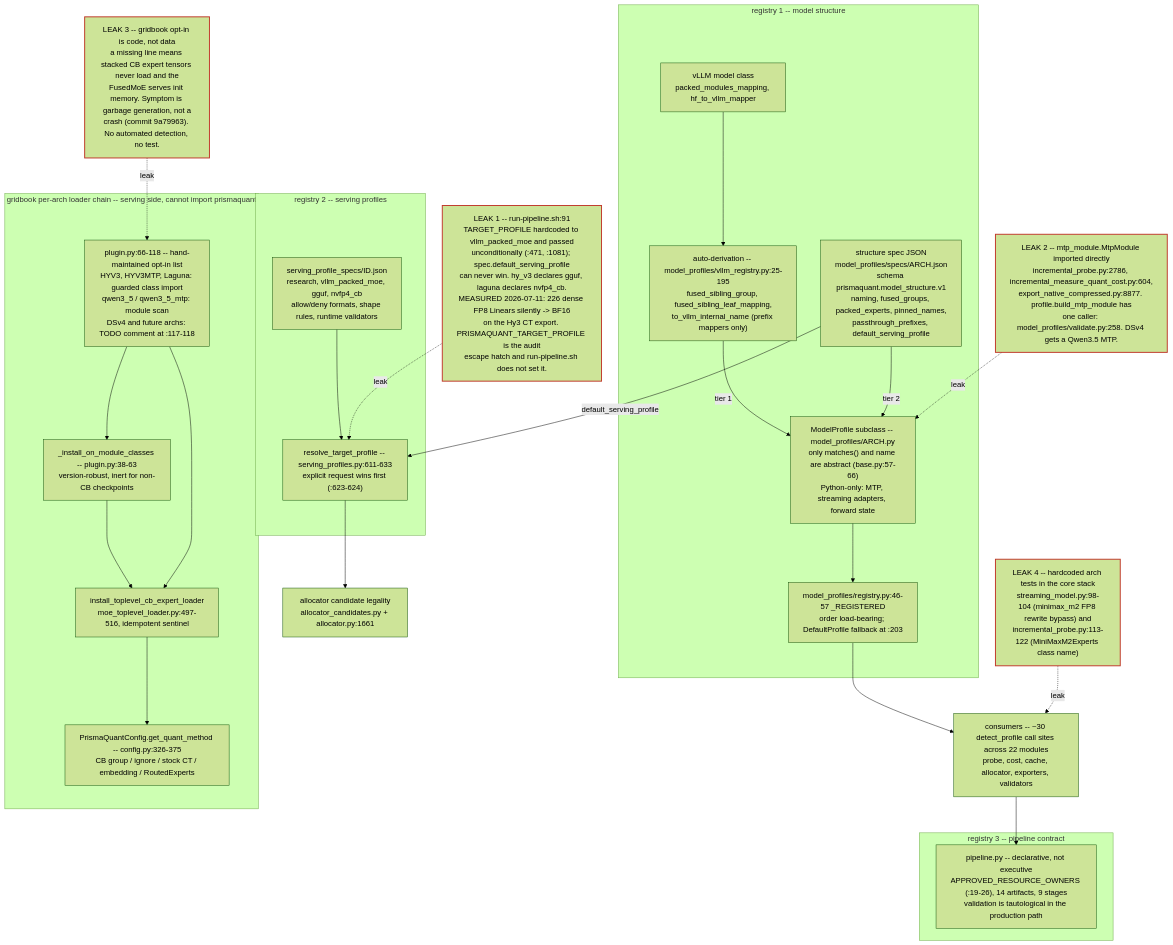
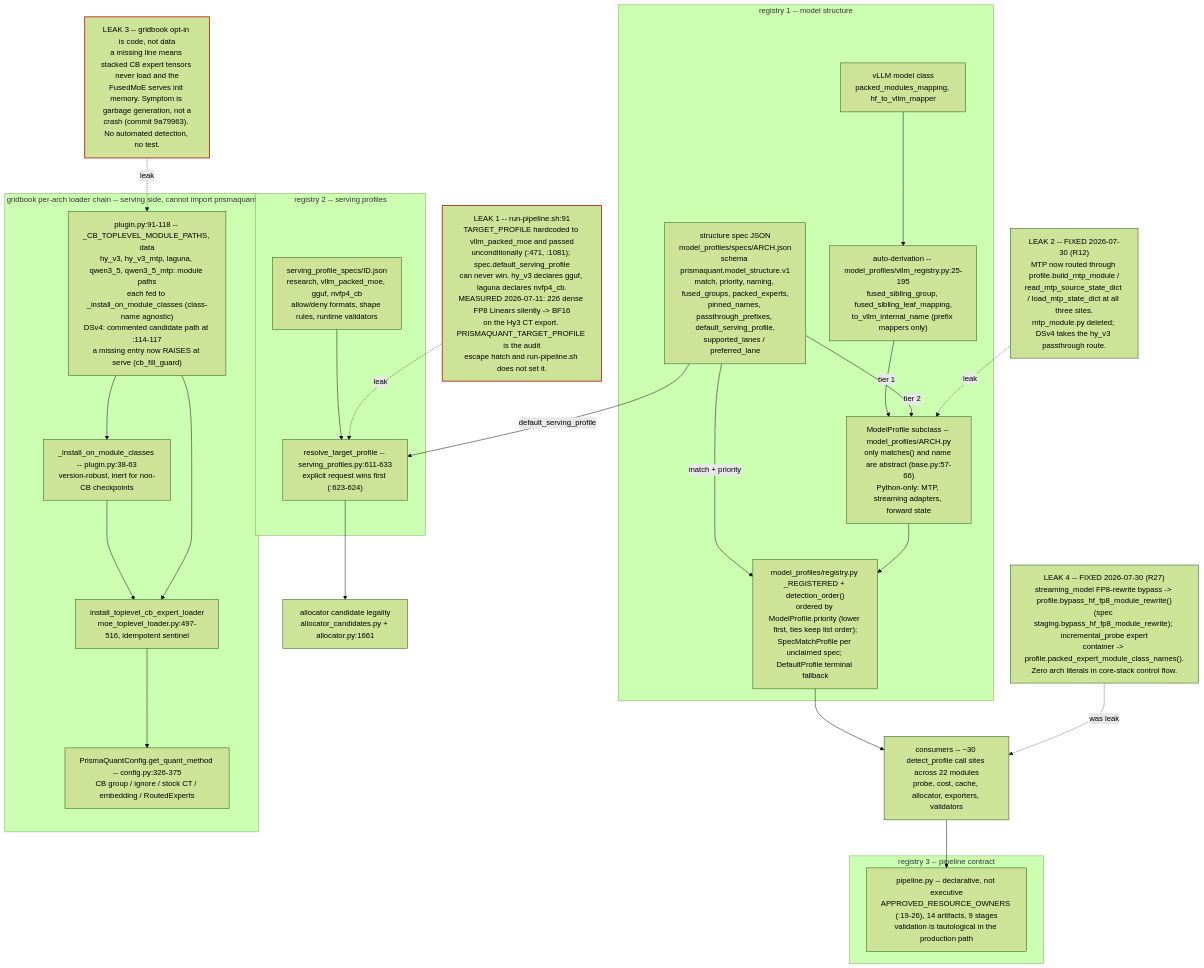
The second of 3 diagrams in docs/ARCHITECTURE.md (JeffreyLatter/prismaquant), drawn with Mermaid (forest theme) before and after one commit. The commit also changed other lines of this file and 87 other files, not shown here.

````diff
--- a/docs/ARCHITECTURE.md
+++ b/docs/ARCHITECTURE.md
@@ -1046,57 +1170,58 @@
 ```mermaid
 flowchart TD
   subgraph R1["registry 1 -- model structure"]
     VLLMCLS["vLLM model class<br/>packed_modules_mapping, hf_to_vllm_mapper"]
     DERIVE["auto-derivation -- model_profiles/vllm_registry.py:25-195<br/>fused_sibling_group, fused_sibling_leaf_mapping,<br/>to_vllm_internal_name (prefix mappers only)"]
-    SPEC["structure spec JSON<br/>model_profiles/specs/ARCH.json<br/>schema prismaquant.model_structure.v1<br/>naming, fused_groups, packed_experts, pinned_names,<br/>passthrough_prefixes, default_serving_profile"]
+    SPEC["structure spec JSON<br/>model_profiles/specs/ARCH.json<br/>schema prismaquant.model_structure.v1<br/>match, priority, naming, fused_groups, packed_experts,<br/>pinned_names, passthrough_prefixes, default_serving_profile,<br/>supported_lanes / preferred_lane"]
     PROF["ModelProfile subclass -- model_profiles/ARCH.py<br/>only matches() and name are abstract (base.py:57-66)<br/>Python-only: MTP, streaming adapters, forward state"]
-    REGY["model_profiles/registry.py:46-57 _REGISTERED<br/>order load-bearing; DefaultProfile fallback at :203"]
+    REGY["model_profiles/registry.py _REGISTERED + detection_order()<br/>ordered by ModelProfile.priority (lower first, ties keep list order);<br/>SpecMatchProfile per unclaimed spec; DefaultProfile terminal fallback"]
   end
 
   VLLMCLS --> DERIVE
   DERIVE -->|"tier 1"| PROF
   SPEC -->|"tier 2"| PROF
+  SPEC -->|"match + priority"| REGY
   PROF --> REGY
 
   CONSUMERS["consumers -- ~30 detect_profile call sites across 22 modules<br/>probe, cost, cache, allocator, exporters, validators"]
   REGY --> CONSUMERS
 
   subgraph R2["registry 2 -- serving profiles"]
     SPROF["serving_profile_specs/ID.json<br/>research, vllm_packed_moe, gguf, nvfp4_cb<br/>allow/deny formats, shape rules, runtime validators"]
     RESOLVE["resolve_target_profile -- serving_profiles.py:611-633<br/>explicit request wins first (:623-624)"]
   end
 
   SPEC -->|"default_serving_profile"| RESOLVE
   SPROF --> RESOLVE
   RESOLVE --> ALLOCGATE["allocator candidate legality<br/>allocator_candidates.py + allocator.py:1661"]
 
   subgraph R3["registry 3 -- pipeline contract"]
     PIPE["pipeline.py -- declarative, not executive<br/>APPROVED_RESOURCE_OWNERS (:19-26), 14 artifacts, 9 stages<br/>validation is tautological in the production path"]
   end
   CONSUMERS --> PIPE
 
   subgraph GB["gridbook per-arch loader chain -- serving side, cannot import prismaquant"]
-    GBPLUG["plugin.py:66-118 -- hand-maintained opt-in list<br/>HYV3, HYV3MTP, Laguna: guarded class import<br/>qwen3_5 / qwen3_5_mtp: module scan<br/>DSv4 and future archs: TODO comment at :117-118"]
+    GBPLUG["plugin.py:91-118 -- _CB_TOPLEVEL_MODULE_PATHS, data<br/>hy_v3, hy_v3_mtp, laguna, qwen3_5, qwen3_5_mtp: module paths<br/>each fed to _install_on_module_classes (class-name agnostic)<br/>DSv4: commented candidate path at :114-117<br/>a missing entry now RAISES at serve (cb_fill_guard)"]
     GBSCAN["_install_on_module_classes -- plugin.py:38-63<br/>version-robust, inert for non-CB checkpoints"]
     GBINST["install_toplevel_cb_expert_loader<br/>moe_toplevel_loader.py:497-516, idempotent sentinel"]
     GBCFG["PrismaQuantConfig.get_quant_method -- config.py:326-375<br/>CB group / ignore / stock CT / embedding / RoutedExperts"]
   end
 
   GBPLUG --> GBSCAN
   GBSCAN --> GBINST
   GBPLUG --> GBINST
   GBINST --> GBCFG
 
   L1["LEAK 1 -- run-pipeline.sh:91<br/>TARGET_PROFILE hardcoded to vllm_packed_moe and passed<br/>unconditionally (:471, :1081); spec.default_serving_profile<br/>can never win. hy_v3 declares gguf, laguna declares nvfp4_cb.<br/>MEASURED 2026-07-11: 226 dense FP8 Linears silently -> BF16<br/>on the Hy3 CT export. PRISMAQUANT_TARGET_PROFILE is the audit<br/>escape hatch and run-pipeline.sh does not set it."]
-  L2["LEAK 2 -- mtp_module.MtpModule imported directly<br/>incremental_probe.py:2786, incremental_measure_quant_cost.py:604,<br/>export_native_compressed.py:8877. profile.build_mtp_module has<br/>one caller: model_profiles/validate.py:258. DSv4 gets a Qwen3.5 MTP."]
+  L2["LEAK 2 -- FIXED 2026-07-30 (R12)<br/>MTP now routed through profile.build_mtp_module /<br/>read_mtp_source_state_dict / load_mtp_state_dict at all three sites.<br/>mtp_module.py deleted; DSv4 takes the hy_v3 passthrough route."]
   L3["LEAK 3 -- gridbook opt-in is code, not data<br/>a missing line means stacked CB expert tensors never load and the<br/>FusedMoE serves init memory. Symptom is garbage generation, not a<br/>crash (commit 9a79963). No automated detection, no test."]
-  L4["LEAK 4 -- hardcoded arch tests in the core stack<br/>streaming_model.py:98-104 (minimax_m2 FP8 rewrite bypass) and<br/>incremental_probe.py:113-122 (MiniMaxM2Experts class name)"]
+  L4["LEAK 4 -- FIXED 2026-07-30 (R27)<br/>streaming_model FP8-rewrite bypass -> profile.bypass_hf_fp8_module_rewrite()<br/>(spec staging.bypass_hf_fp8_module_rewrite); incremental_probe expert<br/>container -> profile.packed_expert_module_class_names().<br/>Zero arch literals in core-stack control flow."]
 
   L1 -.->|"leak"| RESOLVE
   L2 -.->|"leak"| PROF
   L3 -.->|"leak"| GBPLUG
-  L4 -.->|"leak"| CONSUMERS
+  L4 -.->|"was leak"| CONSUMERS
 
   classDef leak stroke:#c0392b,stroke-width:2px
-  class L1,L2,L3,L4 leak
+  class L1,L3 leak
 ```
````
